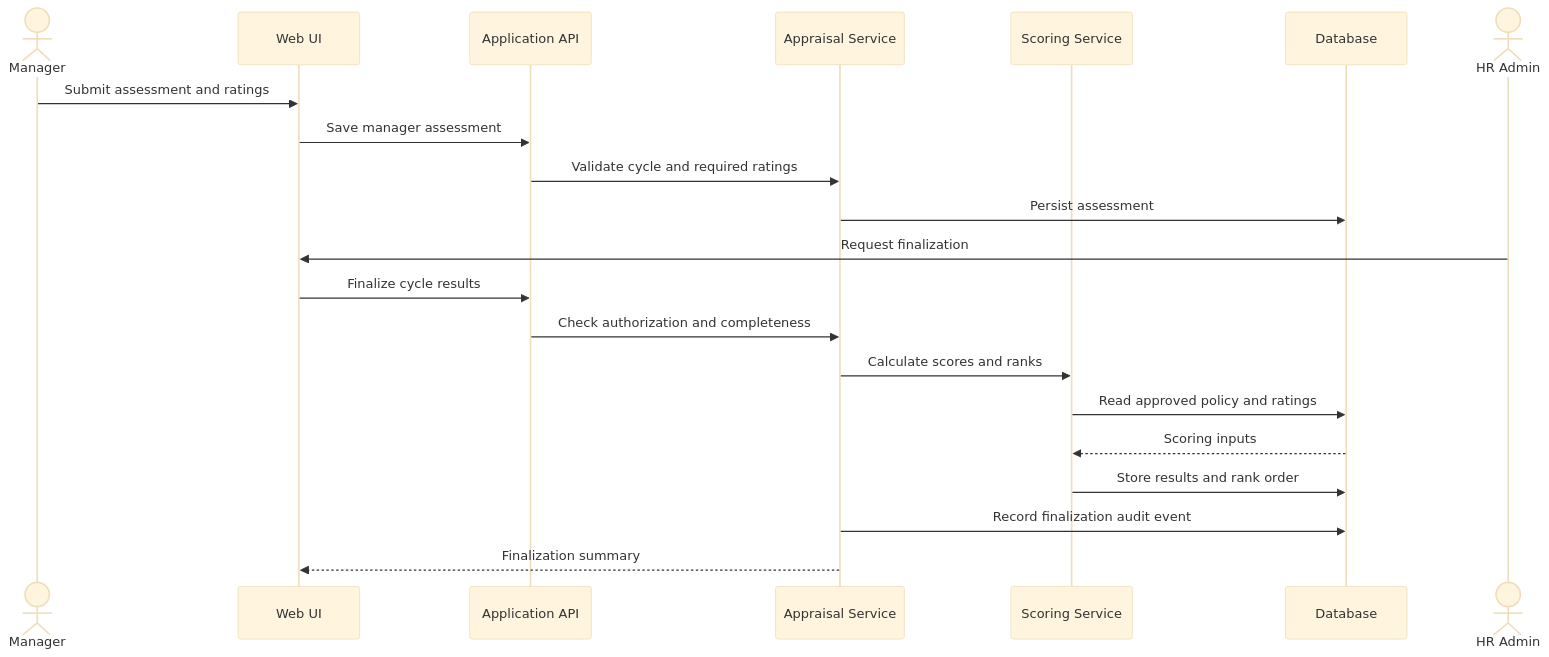
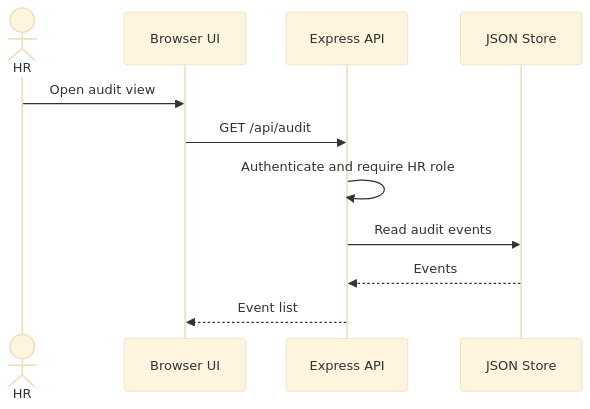
One commit to GSAIHEMANTH279/Automated-performance-appraisal-system changed the third of 3 diagrams in SRS_SAD_TestPlan/SAD.md. Above: the diagram before and after it, drawn with Mermaid (base theme). The commit also changed other lines of this file, not shown here.

````diff
--- a/SRS_SAD_TestPlan/SAD.md
+++ b/SRS_SAD_TestPlan/SAD.md
@@ -155,23 +139,13 @@
 ```mermaid
 sequenceDiagram
-    actor M as Manager
-    participant UI as Web UI
-    participant API as Application API
-    participant AS as Appraisal Service
-    participant SS as Scoring Service
-    participant DB as Database
-    actor H as HR Admin
-    M->>UI: Submit assessment and ratings
-    UI->>API: Save manager assessment
-    API->>AS: Validate cycle and required ratings
-    AS->>DB: Persist assessment
-    H->>UI: Request finalization
-    UI->>API: Finalize cycle results
-    API->>AS: Check authorization and completeness
-    AS->>SS: Calculate scores and ranks
-    SS->>DB: Read approved policy and ratings
-    DB-->>SS: Scoring inputs
-    SS->>DB: Store results and rank order
-    AS->>DB: Record finalization audit event
-    AS-->>UI: Finalization summary
+ actor H as HR
+ participant UI as Browser UI
+ participant API as Express API
+ participant Store as JSON Store
+ H->>UI: Open audit view
+ UI->>API: GET /api/audit
+ API->>API: Authenticate and require HR role
+ API->>Store: Read audit events
+ Store-->>API: Events
+ API-->>UI: Event list
 ```
````
